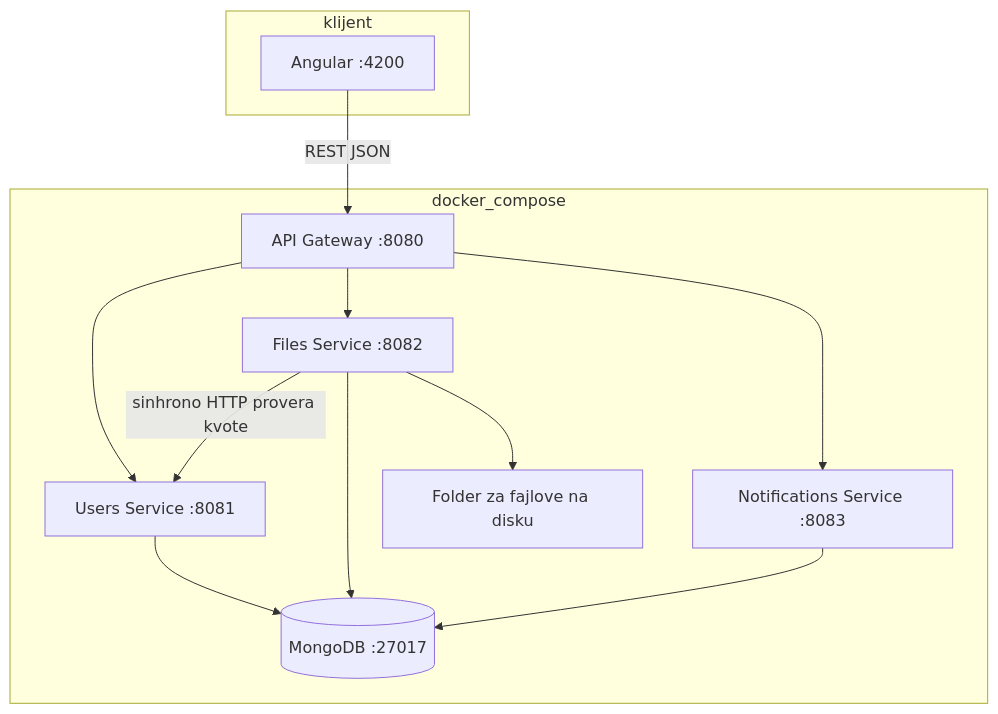
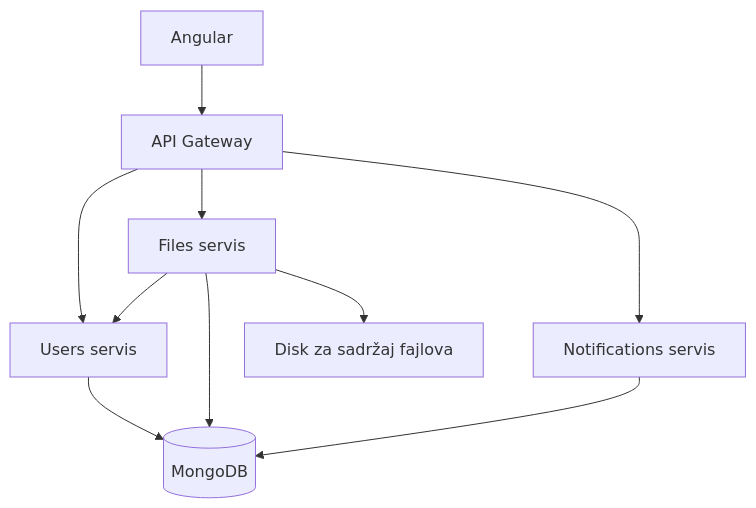
The diagram in README.md (rastko24/cloud-drive-microservices), drawn with Mermaid before and after one commit. The commit also changed other lines of this file and 11 other files, not shown here.

````diff
--- a/README.md
+++ b/README.md
@@ -24,25 +21,20 @@
 ```mermaid
 flowchart TB
-  subgraph klijent
-    A[Angular :4200]
-  end
+  angular[Angular]
+  gateway[API Gateway]
+  users[Users servis]
+  files[Files servis]
+  notif[Notifications servis]
+  mongo[(MongoDB)]
+  disk[Disk za sadržaj fajlova]
 
-  subgraph docker_compose
-    GW[API Gateway :8080]
-    US[Users Service :8081]
-    FS[Files Service :8082]
-    NS[Notifications Service :8083]
-    M[(MongoDB :27017)]
-    DISK[Folder za fajlove na disku]
-  end
-
-  A -->|REST JSON| GW
-  GW --> US
-  GW --> FS
-  GW --> NS
-  US --> M
-  FS --> M
-  NS --> M
-  FS --> DISK
-  FS -->|sinhrono HTTP provera kvote| US
+  angular --> gateway
+  gateway --> users
+  gateway --> files
+  gateway --> notif
+  users --> mongo
+  files --> mongo
+  notif --> mongo
+  files --> disk
+  files --> users
 ```
````
